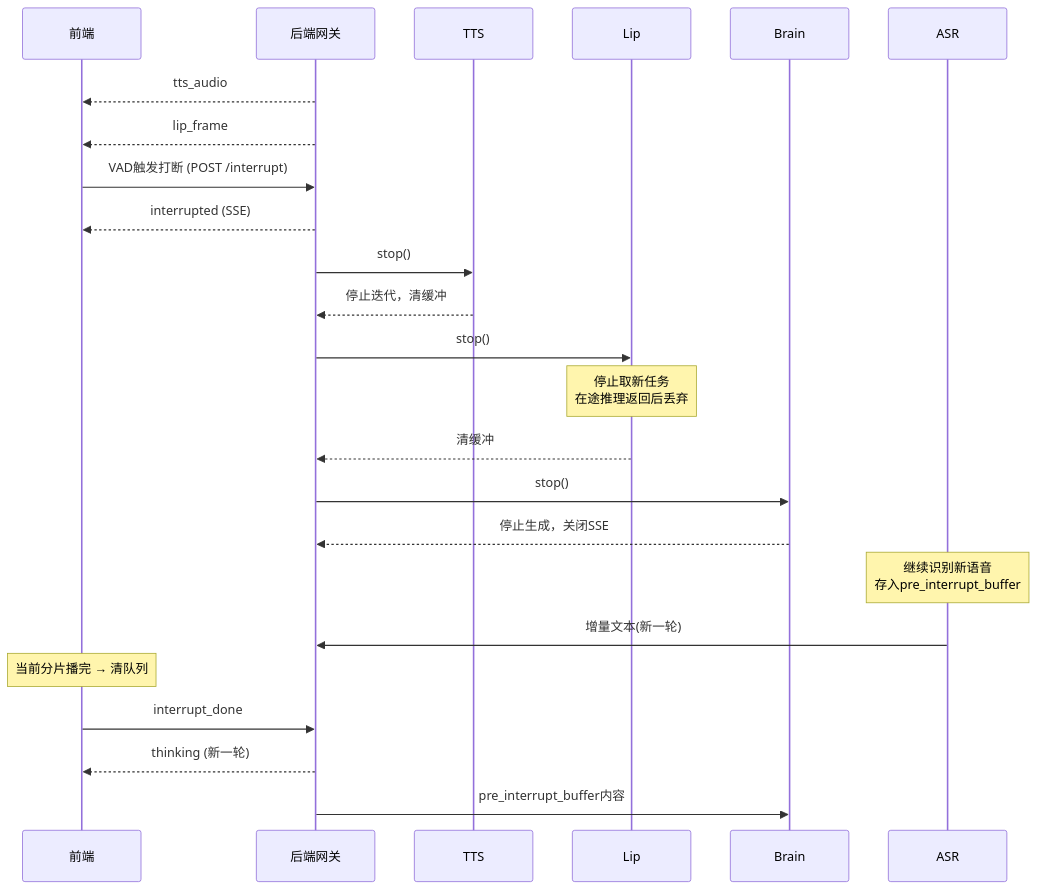
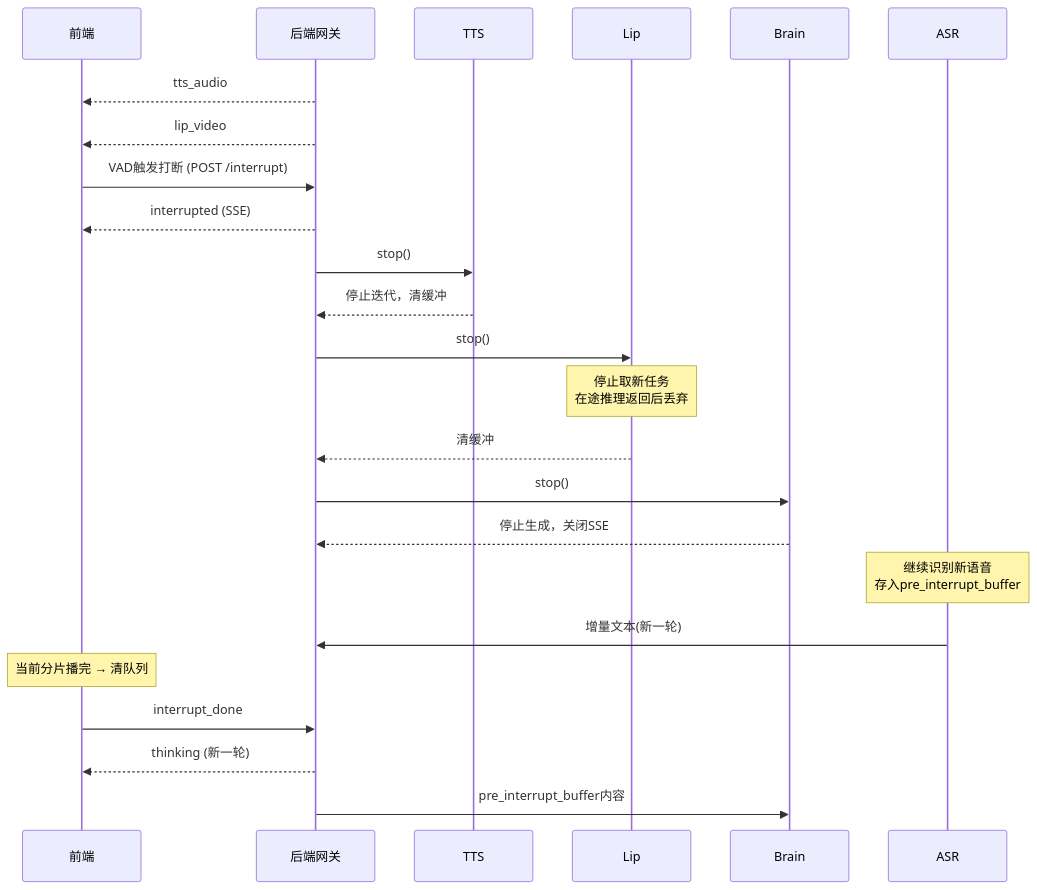
One commit to 199Kilig/enterprise-digital-human changed the third of 3 diagrams in docs/02-方案/DESIGN-打断时序与状态机转移表.md. Above: the diagram before and after it, drawn with Mermaid. The commit also changed other lines of this file and 2 other files, not shown here.

First line of the commit message:
docs+chore: 对齐 SSE 事件名（lip_frame → lip_video）—— 修文档与代码不一致

````diff
--- a/docs/02-方案/DESIGN-打断时序与状态机转移表.md
+++ b/docs/02-方案/DESIGN-打断时序与状态机转移表.md
@@ -182,27 +182,27 @@
 ```mermaid
 sequenceDiagram
     participant FE as 前端
     participant GW as 后端网关
     participant TTS as TTS
     participant Lip as Lip
     participant BR as Brain
     participant ASR as ASR
 
     GW-->>FE: tts_audio
-    GW-->>FE: lip_frame
+    GW-->>FE: lip_video
     FE->>GW: VAD触发打断 (POST /interrupt)
     GW-->>FE: interrupted (SSE)
     GW->>TTS: stop()
     TTS-->>GW: 停止迭代，清缓冲
     GW->>Lip: stop()
     Note over Lip: 停止取新任务<br/>在途推理返回后丢弃
     Lip-->>GW: 清缓冲
     GW->>BR: stop()
     BR-->>GW: 停止生成，关闭SSE
     Note over ASR: 继续识别新语音<br/>存入pre_interrupt_buffer
     ASR->>GW: 增量文本(新一轮)
     Note over FE: 当前分片播完 → 清队列
     FE->>GW: interrupt_done
     GW-->>FE: thinking (新一轮)
     GW->>BR: pre_interrupt_buffer内容
 ```
````
